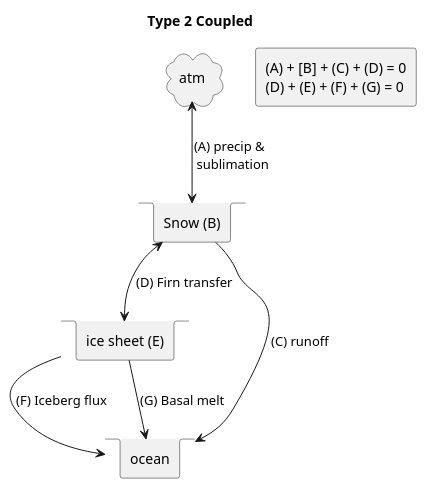
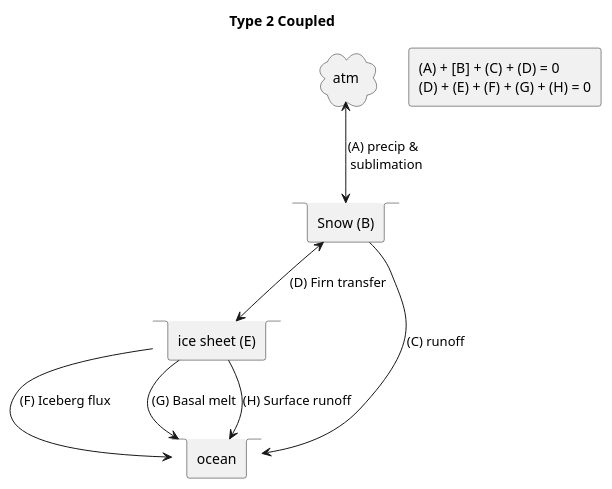
One commit to NASA-GISS/freshwater-forcing-workshop changed the fourth of 4 diagrams in freshwater.org. Above: the diagram before and after it, drawn with PlantUML. The commit also changed other lines of this file and 2 other files, not shown here.

Commit message:
Ice surface runoff to ocean (in addition to iceberg and basal)?

```diff
--- a/freshwater.org
+++ b/freshwater.org
@@ -123,25 +124,26 @@
 #+BEGIN_SRC plantuml :file fig/type_1_coupled.svg :exports results
 @startuml
 Title: Type 2 Coupled
 
 cloud atm
 stack snow [
 Snow (B)
 ]
 stack ice [
  ice sheet (E)
 ]
 stack ocean
 
 atm <--> snow : (A) precip & \n sublimation
 snow --> ocean : (C) runoff
 snow <--> ice  : (D) Firn transfer
 ice --> ocean : (F) Iceberg flux
 ice --> ocean : (G) Basal melt
+ice --> ocean : (H) Surface runoff
 
 rectangle legend [
 (A) + [B] + (C) + (D) = 0
-(D) + (E) + (F) + (G) = 0
+(D) + (E) + (F) + (G) + (H) = 0
 ]
 @enduml
 #+END_SRC
```
